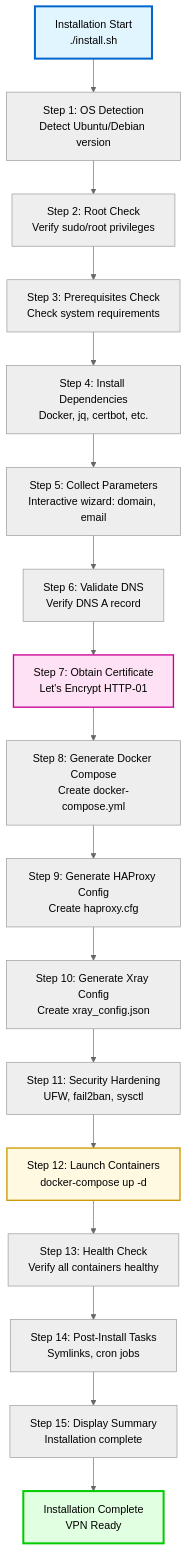
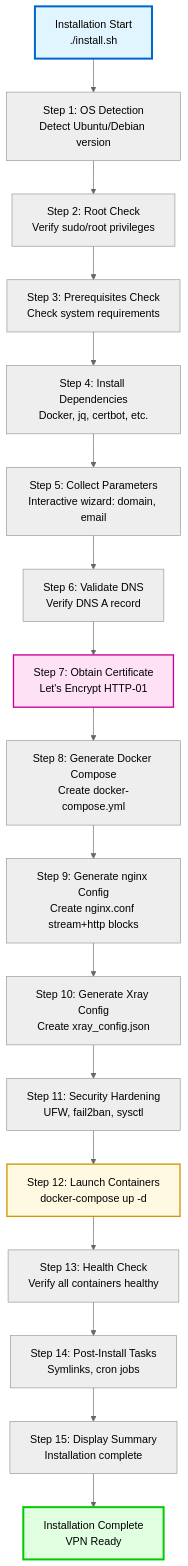
One commit to ikeniborn/vless changed the first of 14 diagrams in docs/architecture/diagrams/dependencies/initialization-order.md. Above: the diagram before and after it, drawn with Mermaid (neutral theme). The commit also changed other lines of this file and 24 other files, not shown here.

````diff
--- a/docs/architecture/diagrams/dependencies/initialization-order.md
+++ b/docs/architecture/diagrams/dependencies/initialization-order.md
@@ -15,44 +15,44 @@
 ```mermaid
 graph TB
     Start[Installation Start<br/>./install.sh]
 
     Step1[Step 1: OS Detection<br/>Detect Ubuntu/Debian version]
     Step2[Step 2: Root Check<br/>Verify sudo/root privileges]
     Step3[Step 3: Prerequisites Check<br/>Check system requirements]
     Step4[Step 4: Install Dependencies<br/>Docker, jq, certbot, etc.]
     Step5[Step 5: Collect Parameters<br/>Interactive wizard: domain, email]
     Step6[Step 6: Validate DNS<br/>Verify DNS A record]
     Step7[Step 7: Obtain Certificate<br/>Let's Encrypt HTTP-01]
     Step8[Step 8: Generate Docker Compose<br/>Create docker-compose.yml]
-    Step9[Step 9: Generate HAProxy Config<br/>Create haproxy.cfg]
+    Step9[Step 9: Generate nginx Config<br/>Create nginx.conf stream+http blocks]
     Step10[Step 10: Generate Xray Config<br/>Create xray_config.json]
     Step11[Step 11: Security Hardening<br/>UFW, fail2ban, sysctl]
     Step12[Step 12: Launch Containers<br/>docker-compose up -d]
     Step13[Step 13: Health Check<br/>Verify all containers healthy]
     Step14[Step 14: Post-Install Tasks<br/>Symlinks, cron jobs]
     Step15[Step 15: Display Summary<br/>Installation complete]
 
     Done[Installation Complete<br/>VPN Ready]
 
     Start --> Step1
     Step1 --> Step2
     Step2 --> Step3
     Step3 --> Step4
     Step4 --> Step5
     Step5 --> Step6
     Step6 --> Step7
     Step7 --> Step8
     Step8 --> Step9
     Step9 --> Step10
     Step10 --> Step11
     Step11 --> Step12
     Step12 --> Step13
     Step13 --> Step14
     Step14 --> Step15
     Step15 --> Done
 
     style Start fill:#e1f5ff,stroke:#0066cc,stroke-width:3px
     style Done fill:#e1ffe1,stroke:#00cc00,stroke-width:3px
     style Step7 fill:#ffe1f5,stroke:#cc0099,stroke-width:2px
     style Step12 fill:#fff9e1,stroke:#cc9900,stroke-width:2px
 ```
````
